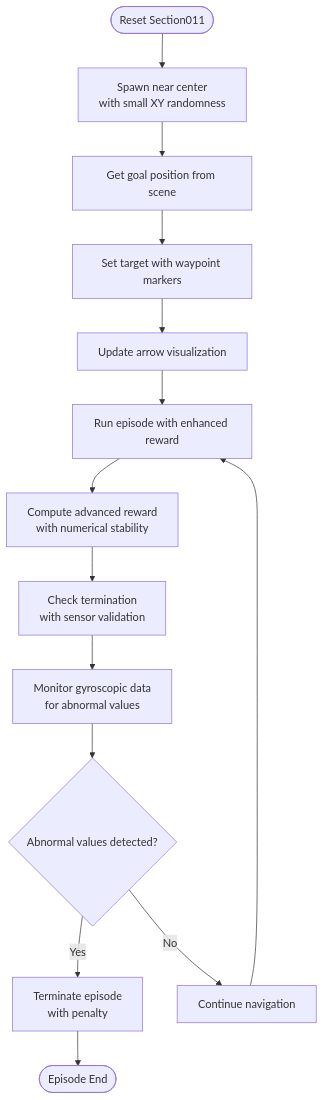
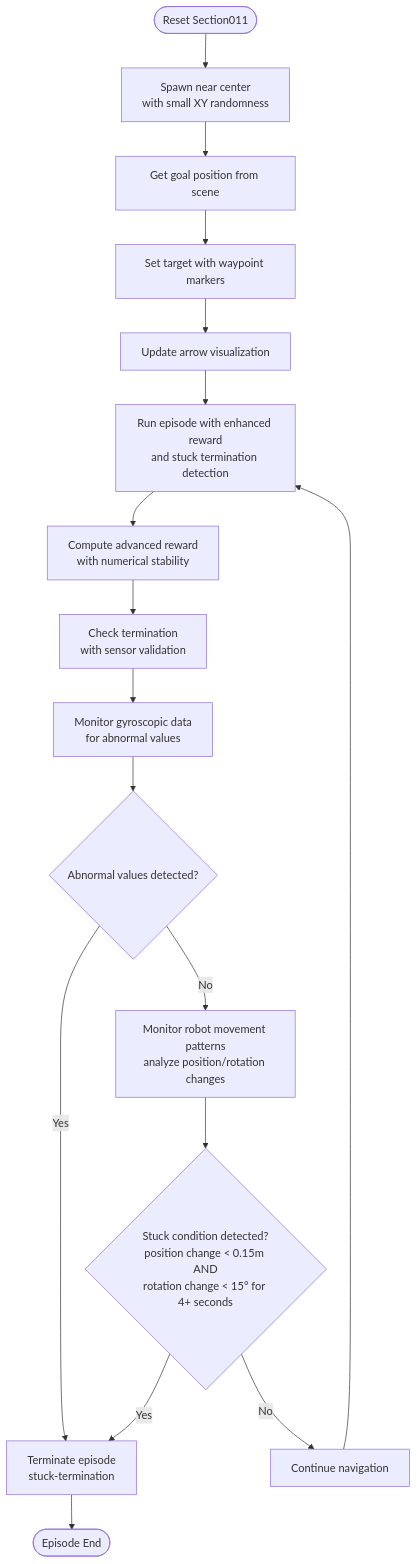
One commit to jayjayhust/MotrixLab changed the fourth of 12 diagrams in .qoder/repowiki/en/content/Navigation Environments/VBot Navigation/Track Sections.md. Above: the diagram before and after it, drawn with Mermaid. The commit also changed other lines of this file and 8 other files, not shown here.

````diff
--- a/.qoder/repowiki/en/content/Navigation Environments/VBot Navigation/Track Sections.md
+++ b/.qoder/repowiki/en/content/Navigation Environments/VBot Navigation/Track Sections.md
@@ -353,16 +373,19 @@
 ```mermaid
 flowchart TD
 Start(["Reset Section011"]) --> Spawn["Spawn near center<br/>with small XY randomness"]
 Spawn --> GetGoal["Get goal position from scene"]
 GetGoal --> SetTarget["Set target with waypoint markers"]
 SetTarget --> UpdateArrows["Update arrow visualization"]
-UpdateArrows --> Run["Run episode with enhanced reward"]
+UpdateArrows --> Run["Run episode with enhanced reward<br/>and stuck termination detection"]
 Run --> ComputeReward["Compute advanced reward<br/>with numerical stability"]
 ComputeReward --> CheckTermination["Check termination<br/>with sensor validation"]
 CheckTermination --> CheckGyro["Monitor gyroscopic data<br/>for abnormal values"]
 CheckGyro --> AbnormalDetected{"Abnormal values detected?"}
 AbnormalDetected --> |Yes| Terminate["Terminate episode<br/>with penalty"]
-AbnormalDetected --> |No| Continue["Continue navigation"]
+AbnormalDetected --> |No| CheckStuck["Monitor robot movement patterns<br/>analyze position/rotation changes"]
+CheckStuck --> StuckDetected{"Stuck condition detected?<br/>position change < 0.15m AND<br/>rotation change < 15° for 4+ seconds"}
+StuckDetected --> |Yes| Terminate["Terminate episode<br/>stuck-termination"]
+StuckDetected --> |No| Continue["Continue navigation"]
 Continue --> Run
 Terminate --> End(["Episode End"])
 ```
````
